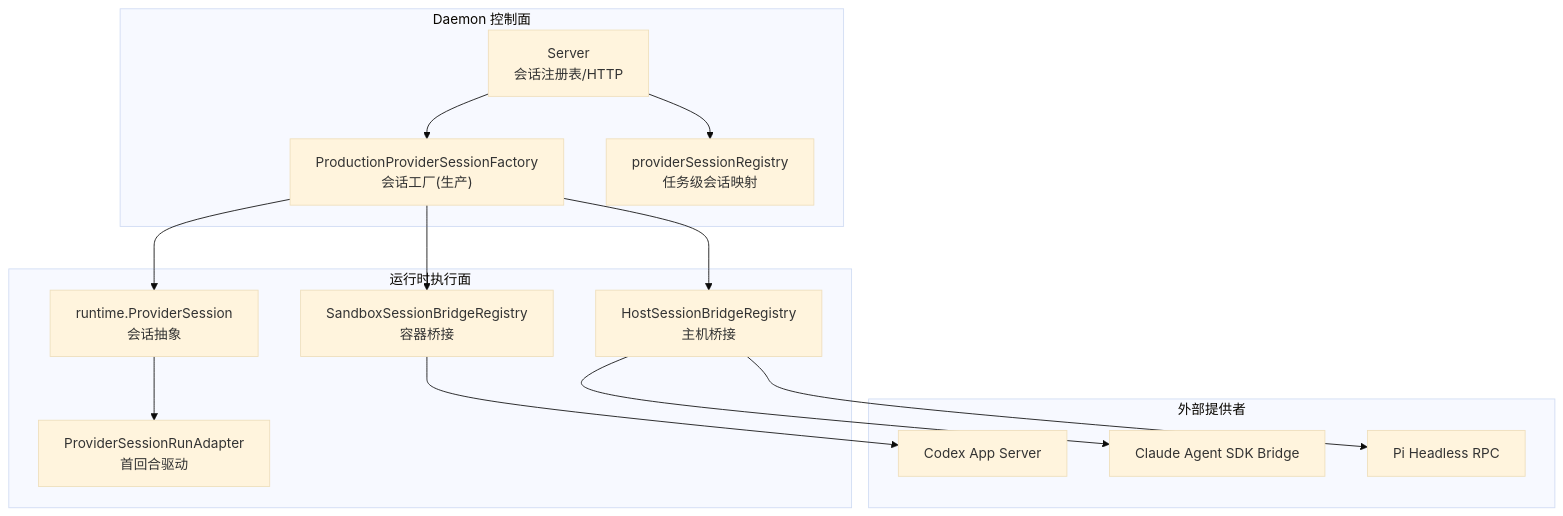
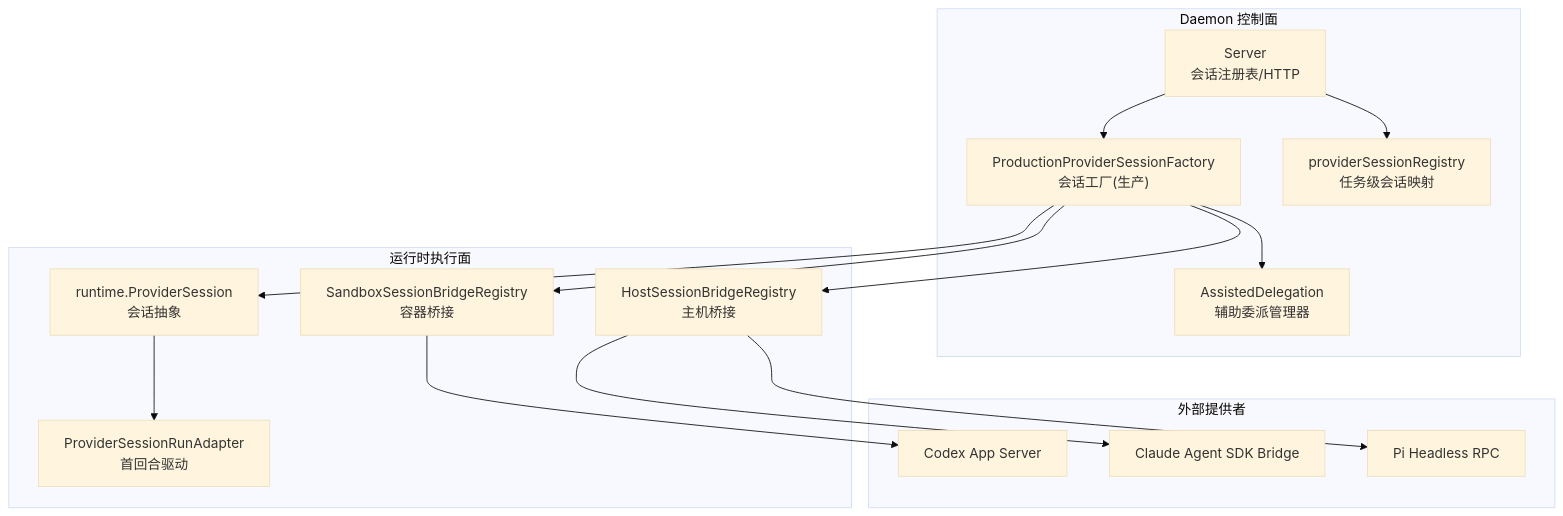
Before and after one commit to n1majne3/CyberPenda: the first of 6 diagrams in .qoder/repowiki/zh/content/守护进程服务/Task 生命周期管理/Provider 会话工厂模式.md, drawn with Mermaid (base theme). The commit also changed other lines of this file and 6 other files, not shown here.

````diff
--- a/.qoder/repowiki/zh/content/守护进程服务/Task 生命周期管理/Provider 会话工厂模式.md
+++ b/.qoder/repowiki/zh/content/守护进程服务/Task 生命周期管理/Provider 会话工厂模式.md
@@ -48,28 +57,30 @@
 ```mermaid
 graph TB
 subgraph "Daemon 控制面"
 S["Server<br/>会话注册表/HTTP"]
 F["ProductionProviderSessionFactory<br/>会话工厂(生产)"]
 R["providerSessionRegistry<br/>任务级会话映射"]
+AD["AssistedDelegation<br/>辅助委派管理器"]
 end
 subgraph "运行时执行面"
 PS["runtime.ProviderSession<br/>会话抽象"]
 SB["SandboxSessionBridgeRegistry<br/>容器桥接"]
 HB["HostSessionBridgeRegistry<br/>主机桥接"]
-AD["ProviderSessionRunAdapter<br/>首回合驱动"]
+ADP["ProviderSessionRunAdapter<br/>首回合驱动"]
 end
 subgraph "外部提供者"
 COD["Codex App Server"]
 CLD["Claude Agent SDK Bridge"]
 PI["Pi Headless RPC"]
 end
 S --> F
 F --> SB
 F --> HB
 F --> PS
-PS --> AD
+F --> AD
+PS --> ADP
 SB --> COD
 HB --> CLD
 HB --> PI
 S --> R
 ```
````
